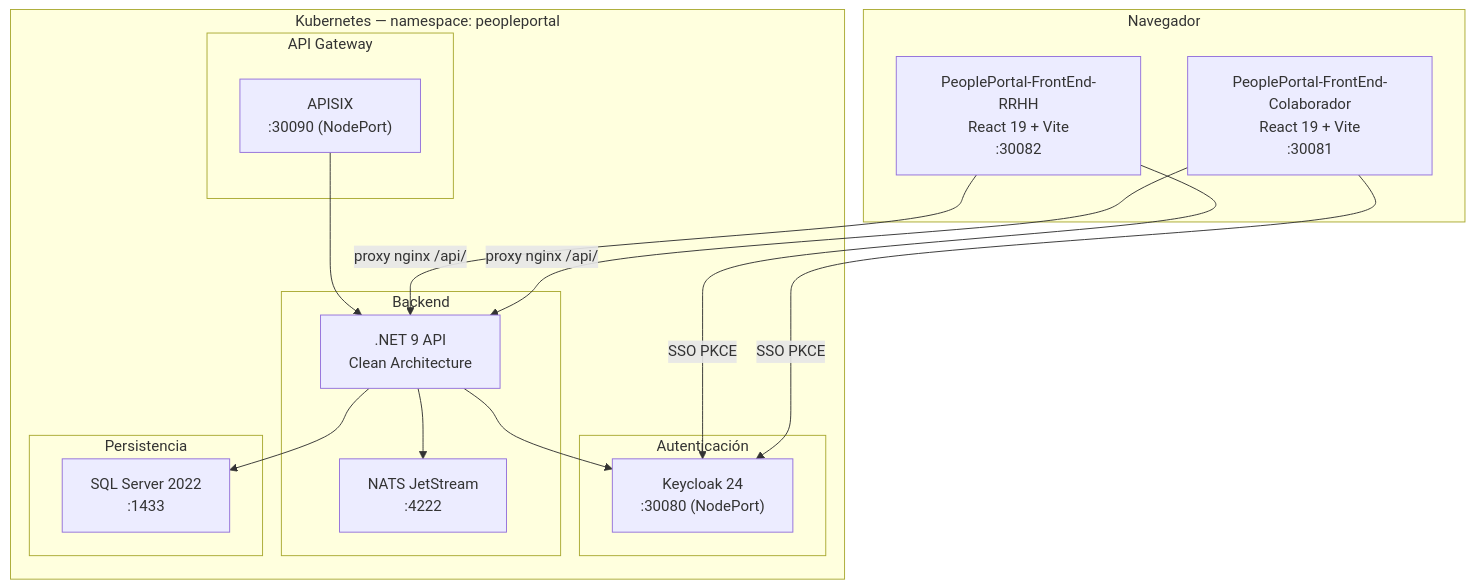
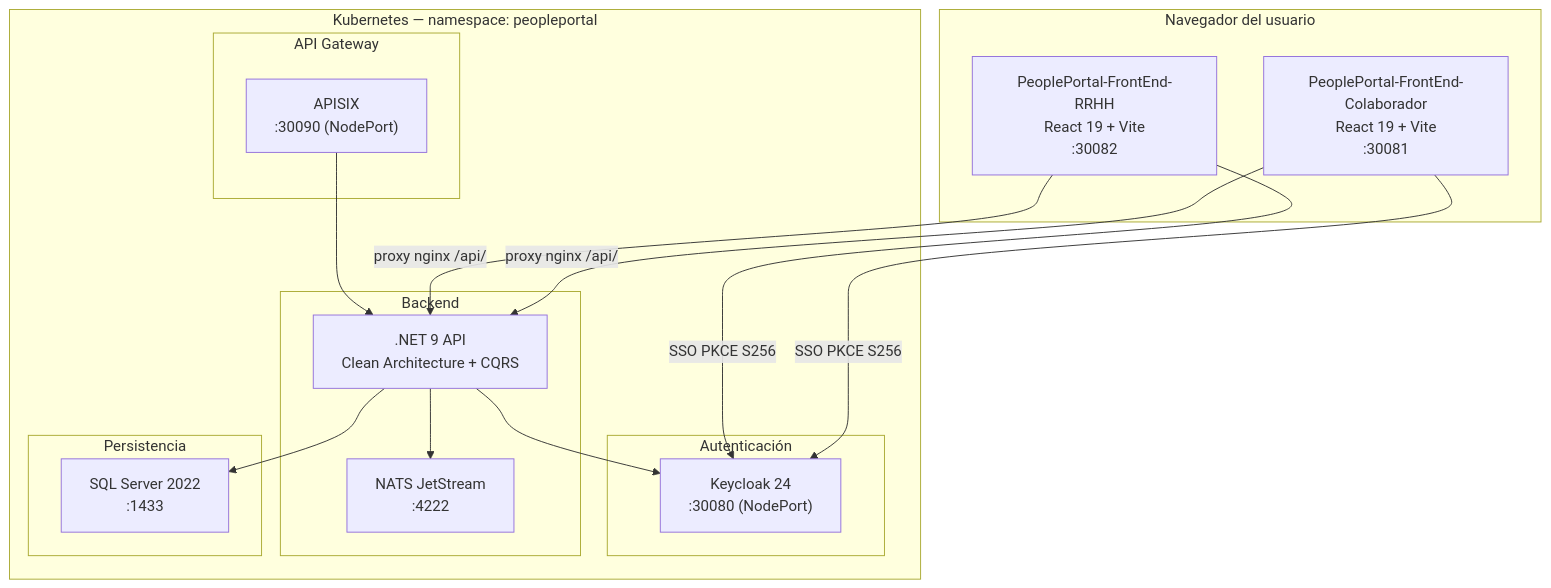
One commit to bryanjosue17/ProyectoIA-Forza changed the diagram in docs/arquitectura.md. Above: the diagram before and after it, drawn with Mermaid. The commit also changed other lines of this file and 7 other files, not shown here.

````diff
--- a/docs/arquitectura.md
+++ b/docs/arquitectura.md
@@ -7,35 +7,35 @@
 ```mermaid
 flowchart TB
-    subgraph Browser["Navegador"]
+    subgraph Browser["Navegador del usuario"]
         ColabApp["PeoplePortal-FrontEnd-Colaborador\nReact 19 + Vite\n:30081"]
         RRHHApp["PeoplePortal-FrontEnd-RRHH\nReact 19 + Vite\n:30082"]
     end
 
     subgraph K8s["Kubernetes — namespace: peopleportal"]
         subgraph Auth["Autenticación"]
             KC["Keycloak 24\n:30080 (NodePort)"]
         end
 
         subgraph Gateway["API Gateway"]
             APISIX["APISIX\n:30090 (NodePort)"]
         end
 
         subgraph Backend["Backend"]
-            API[".NET 9 API\nClean Architecture"]
+            API[".NET 9 API\nClean Architecture + CQRS"]
             NATS["NATS JetStream\n:4222"]
         end
 
         subgraph Data["Persistencia"]
             SQL["SQL Server 2022\n:1433"]
         end
     end
 
-    ColabApp -->|SSO PKCE| KC
-    RRHHApp  -->|SSO PKCE| KC
+    ColabApp -->|SSO PKCE S256| KC
+    RRHHApp  -->|SSO PKCE S256| KC
     ColabApp -->|proxy nginx /api/| API
     RRHHApp  -->|proxy nginx /api/| API
     API      --> KC
     API      --> SQL
     API      --> NATS
     APISIX   --> API
 ```
````
